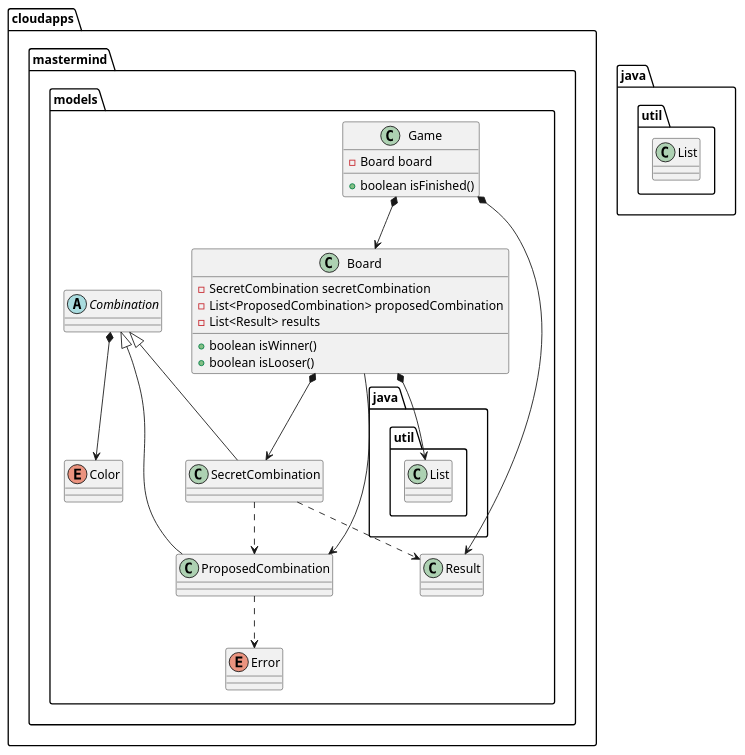
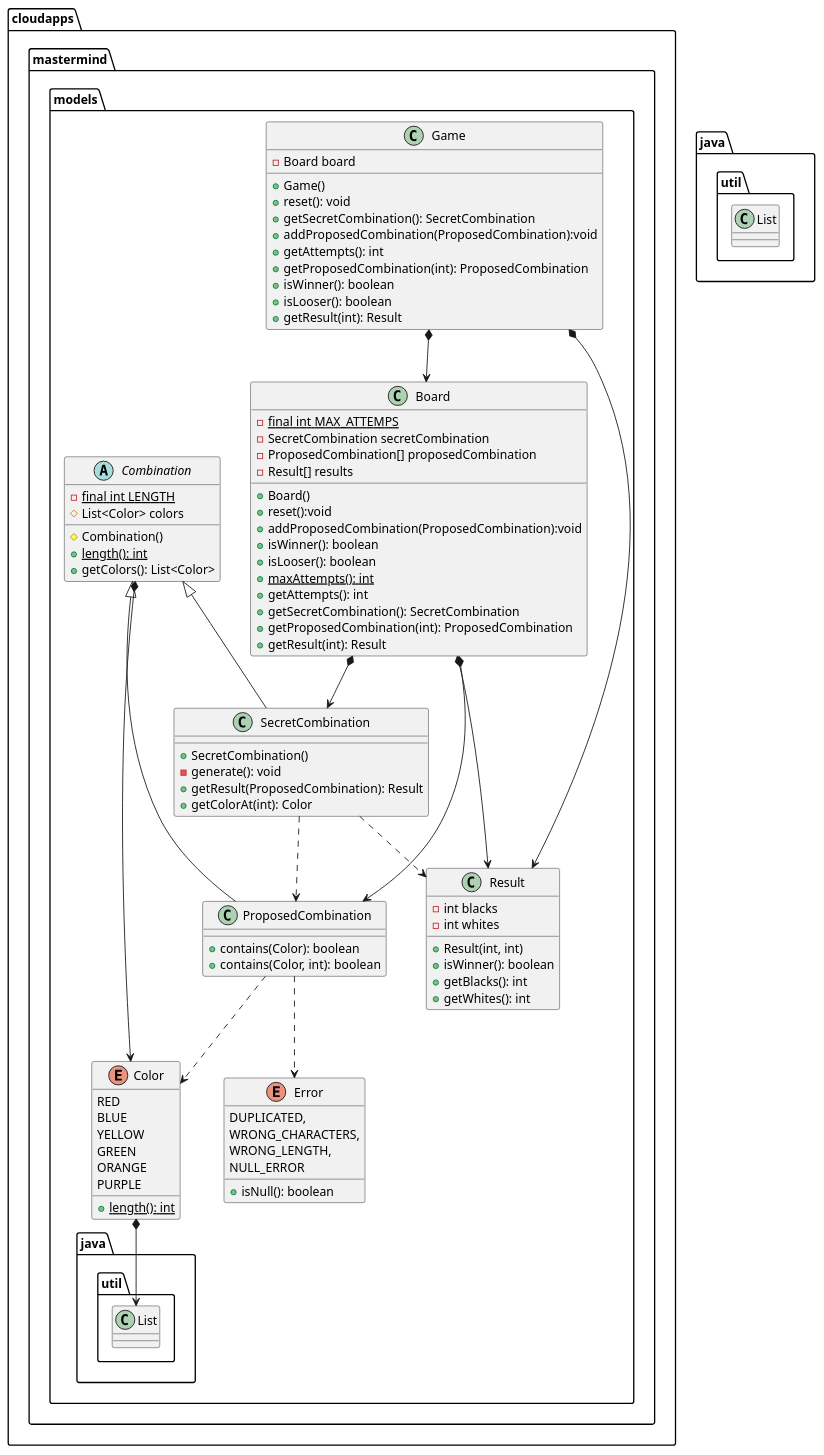
Before and after one commit to david-rojo/cloudApps-masterMind: the diagram in docs/img/plantuml/package-cloudapps-mastermind-models.plantuml, drawn with PlantUML. The commit also changed other lines of this file and 24 other files, not shown here.

```diff
--- a/docs/img/plantuml/package-cloudapps-mastermind-models.plantuml
+++ b/docs/img/plantuml/package-cloudapps-mastermind-models.plantuml
@@ -3,56 +1,106 @@
-@startuml
+@startuml Package **cloudapps.mastermind.models**
 
 package "cloudapps.mastermind.models" {
 
   class Game {
     -Board board
-    
-    
-
-    +boolean isFinished()
-    
+    +Game()
+    +reset(): void
+    +getSecretCombination(): SecretCombination
+    +addProposedCombination(ProposedCombination):void
+    +getAttempts(): int
+    +getProposedCombination(int): ProposedCombination
+    +isWinner(): boolean
+    +isLooser(): boolean
+    +getResult(int): Result
   }
   
   class Board {
+    -{static} final int MAX_ATTEMPS
     -SecretCombination secretCombination
-    -List<ProposedCombination> proposedCombination
-    -List<Result> results
-    +boolean isWinner()
-    +boolean isLooser()
+    -ProposedCombination[] proposedCombination
+    -Result[] results
+    +Board()
+    +reset():void
+    +addProposedCombination(ProposedCombination):void
+    +isWinner(): boolean
+    +isLooser(): boolean
+    +{static}maxAttempts(): int
+    +getAttempts(): int
+    +getSecretCombination(): SecretCombination
+    +getProposedCombination(int): ProposedCombination
+    +getResult(int): Result 
   }
   
-  abstract class Combination {}
+  abstract class Combination {
+    -{static} final int LENGTH
+    #List<Color> colors
+    #Combination()
+    +{static}length(): int 
+    +getColors(): List<Color>
+  }
   
-  class SecretCombination {}
+  class SecretCombination {
+    +SecretCombination()
+    -generate(): void
+    +getResult(ProposedCombination): Result
+    +getColorAt(int): Color
+  }
   
-  class ProposedCombination {}
+  class ProposedCombination {
+    +contains(Color): boolean
+    +contains(Color, int): boolean
+  }
   
-  enum Color {}
+  enum Color {
+    RED
+    BLUE
+    YELLOW
+    GREEN
+    ORANGE
+    PURPLE
+    +{static} length(): int
+  }
   
-  enum Error {}
+  enum Error {
+    DUPLICATED,
+	  WRONG_CHARACTERS,
+	  WRONG_LENGTH,
+	  NULL_ERROR
+    +isNull(): boolean
+  }
   
-  class Result {}
+  class Result {
+    -int blacks
+    -int whites
+    +Result(int, int)
+    +isWinner(): boolean
+    +getBlacks(): int
+    +getWhites(): int
+  }
   
   Game *--> Board
   Board *--> SecretCombination
-  Board --> ProposedCombination
-  Board *-->  java.util.List
+  Board *--> ProposedCombination
+  Color *-->  java.util.List
+  Board *--> Result
   Game *--> Result
   
   Combination <|-- SecretCombination
   Combination <|-- ProposedCombination
   Combination *--> Color
   
   SecretCombination ..> Result
   SecretCombination ..> ProposedCombination
   
   ProposedCombination ..> Error
+  ProposedCombination ..> Color
   
 }
 
 package "java.util" {
   
   class List {}
 
 
 @enduml
```
